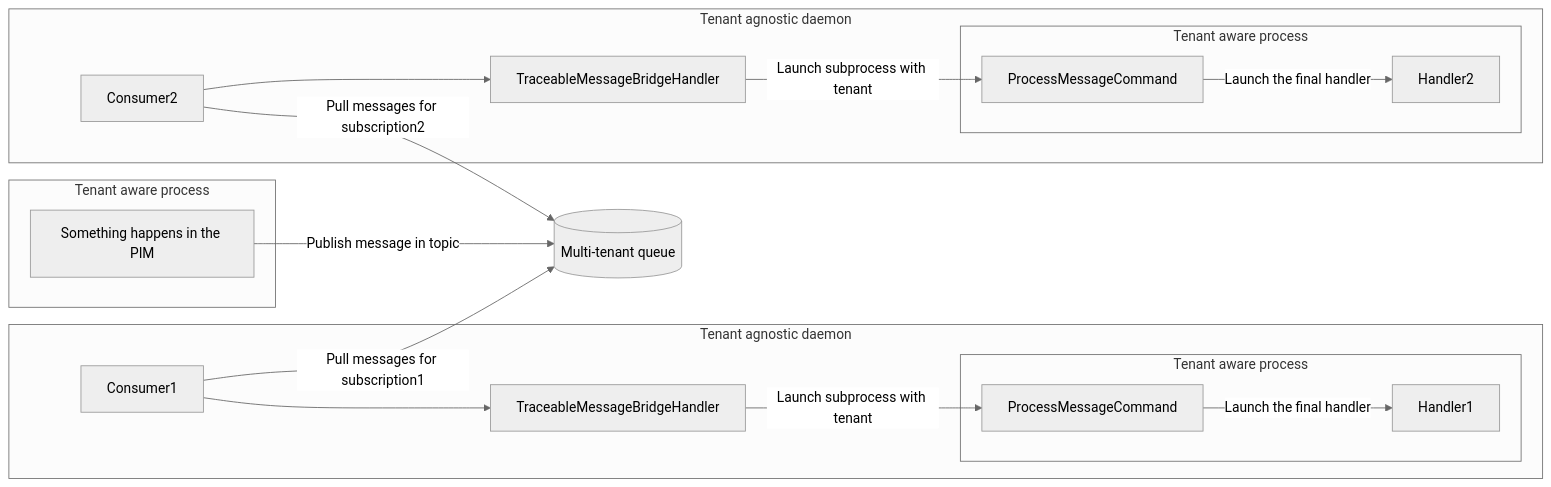
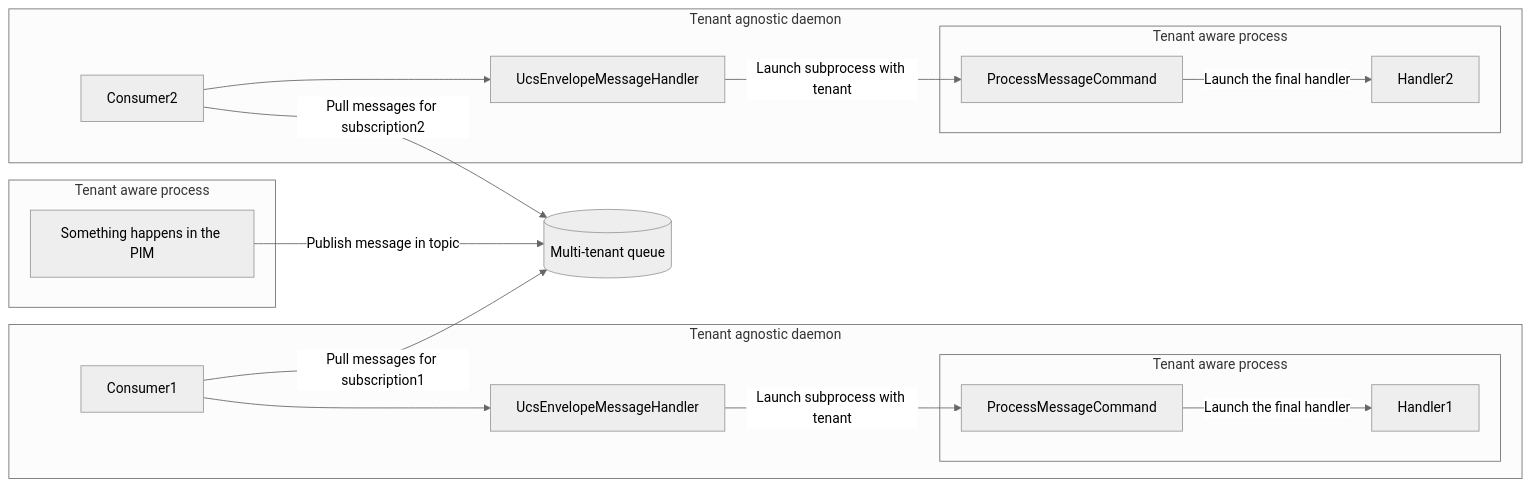
The diagram in src/Akeneo/Tool/Bundle/MessengerBundle/README.md (akeneo/pim-community-dev), drawn with Mermaid (neutral theme) before and after one commit. The commit also changed other lines of this file, not shown here.

````diff
--- a/src/Akeneo/Tool/Bundle/MessengerBundle/README.md
+++ b/src/Akeneo/Tool/Bundle/MessengerBundle/README.md
@@ -120,23 +120,23 @@
 ```mermaid
 flowchart LR
     subgraph Tenant aware process
         action[Something happens in the PIM]
     end
     action -- Publish message in topic --> queue[(Multi-tenant queue)]
     Consumer1 -- Pull messages for subscription1 --> queue
     subgraph Tenant agnostic daemon
-        Consumer1 --> traceableHandler1[TraceableMessageBridgeHandler]
+        Consumer1 --> traceableHandler1[UcsEnvelopeMessageHandler]
         traceableHandler1 -- Launch subprocess with tenant --> pmc1[ProcessMessageCommand]
         subgraph Tenant aware process
             pmc1 -- Launch the final handler --> Handler1
         end
     end
     Consumer2 -- Pull messages for subscription2 --> queue
     subgraph Tenant agnostic daemon
-        Consumer2 --> traceableHandler2[TraceableMessageBridgeHandler]
+        Consumer2 --> traceableHandler2[UcsEnvelopeMessageHandler]
         traceableHandler2 -- Launch subprocess with tenant --> pmc2[ProcessMessageCommand]
         subgraph Tenant aware process
             pmc2 -- Launch the final handler --> Handler2
         end
     end
 ```
````
